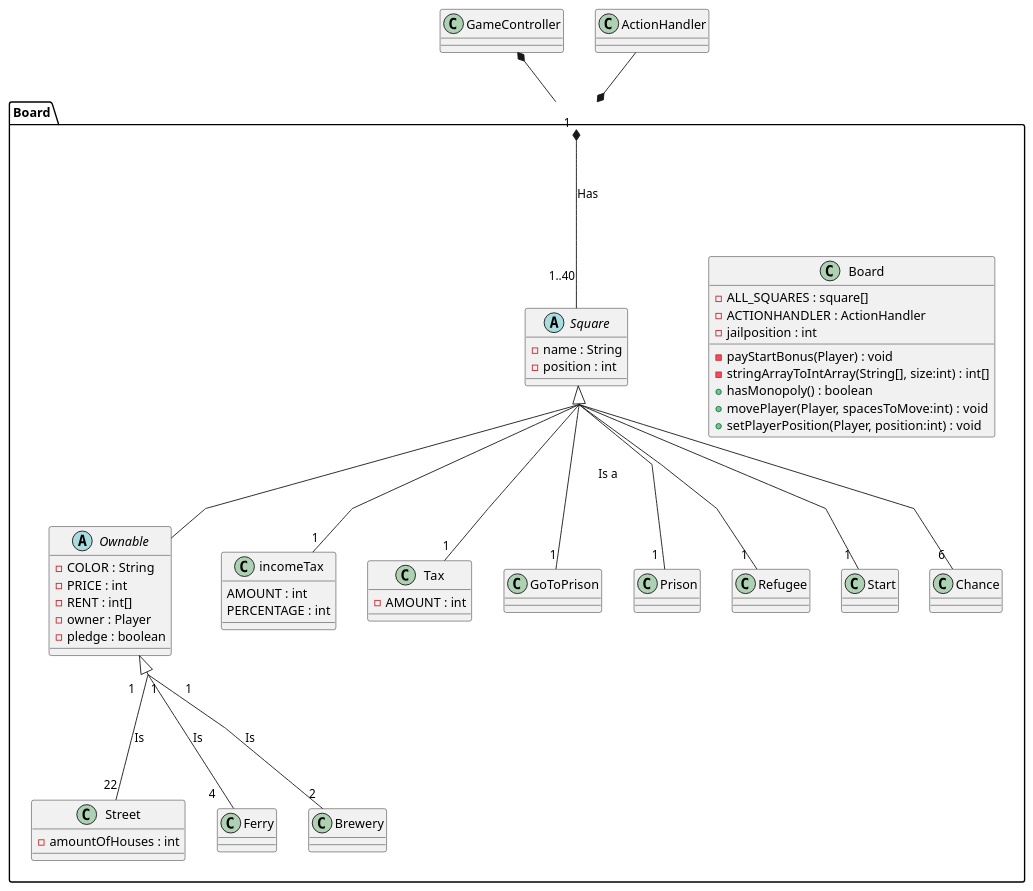
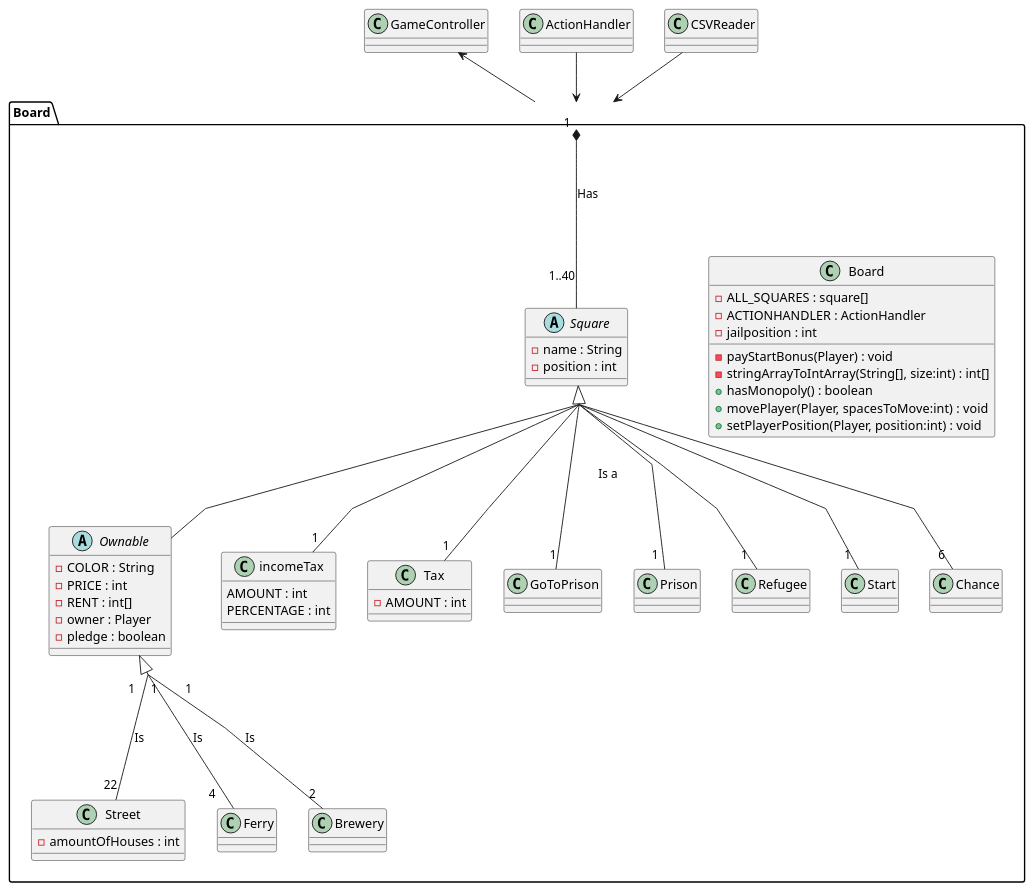
Before and after one commit to Greve2001/CDIO-final: the diagram in diagrams/Board_Package_Class_Diagram.puml, drawn with PlantUML.

```diff
--- a/diagrams/Board_Package_Class_Diagram.puml
+++ b/diagrams/Board_Package_Class_Diagram.puml
@@ -1,80 +1,80 @@
 @startuml
 'https://plantuml.com/class-diagram
 skinparam groupInheritance 2
 
 skinparam linetype polyline
 
 package Board
 {
      class Board {
      -ALL_SQUARES : square[]
      -ACTIONHANDLER : ActionHandler
      -jailposition : int
 
     -payStartBonus(Player) : void
     -stringArrayToIntArray(String[], size:int) : int[]
     +hasMonopoly() : boolean
     +movePlayer(Player, spacesToMove:int) : void
     +setPlayerPosition(Player, position:int) : void
 
     }
      abstract class Square {
          -name : String
          -position : int
      }
      class Street{
         -amountOfHouses : int
 
      }
      abstract class Ownable{
         -COLOR : String
         -PRICE : int
         -RENT : int[]
         -owner : Player
         -pledge : boolean
      }
      class incomeTax{
        AMOUNT : int
        PERCENTAGE : int
      }
      class Tax{
         -AMOUNT : int
      }
      class Ferry{
      }
      class Brewery{
      }
      class GoToPrison{
      }
      class Prison{
      }
      class Refugee{
      }
      class Start{
      }
      class Chance{
      }
 }
 
 Board "1  "  *--d- "1..40" Square: Has
 
 Ownable "1     " <|--- "22" Street : Is\t
 Ownable "1" <|--- " 4    " Ferry : Is \t
 Ownable "           1" <|--- " 2" Brewery : Is\t
 
 
 Square <|-- "1" Tax
 Square <|-- Ownable
 Square <|-- "1" incomeTax
 Square <|-- "           1" Start
 Square <|-- "             1" Refugee
 Square <|-- "1" GoToPrison: \t Is a    \t
 Square <|-- "             1" Prison
 Square <|--  "            6" Chance
 
-GameController *-- Board
-ActionHandler --* Board
-
+GameController <-- Board
+ActionHandler --> Board
+CSVReader --> Board
 
 
 @enduml
```
